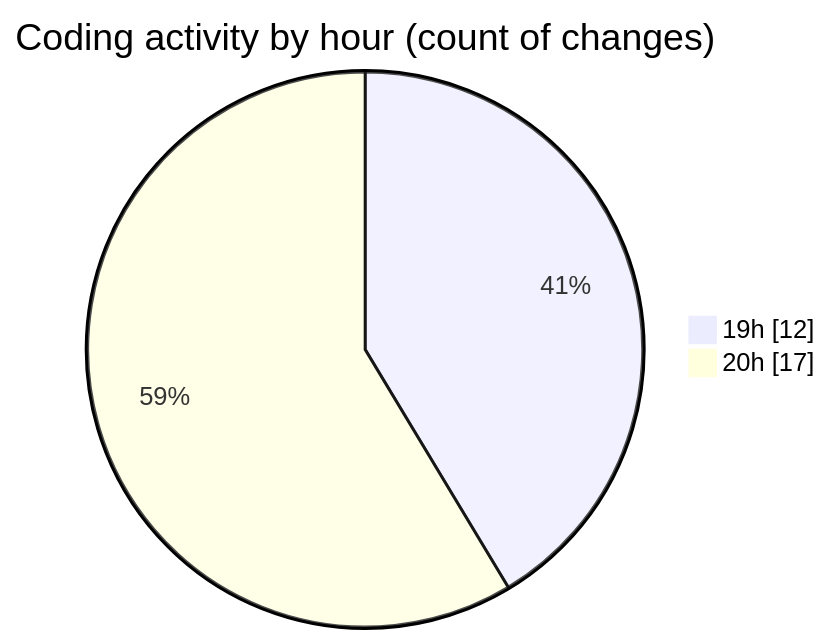
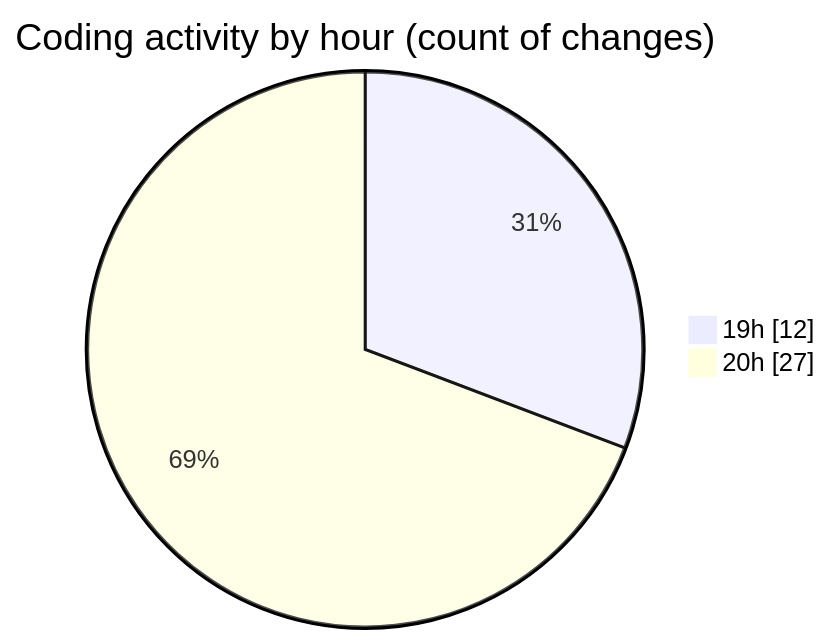
The second of 2 diagrams in 2025-05-09/un_laala/README.md (Elitesun/code-tracking), drawn with Mermaid before and after one commit. The commit also changed other lines of this file and 1 other file, not shown here.

````diff
--- a/2025-05-09/un_laala/README.md
+++ b/2025-05-09/un_laala/README.md
@@ -35,6 +36,6 @@
 ```mermaid
 pie showData
 title Coding activity by hour (count of changes)
 "19h" : 12
-"20h" : 17
+"20h" : 27
 ```
````
